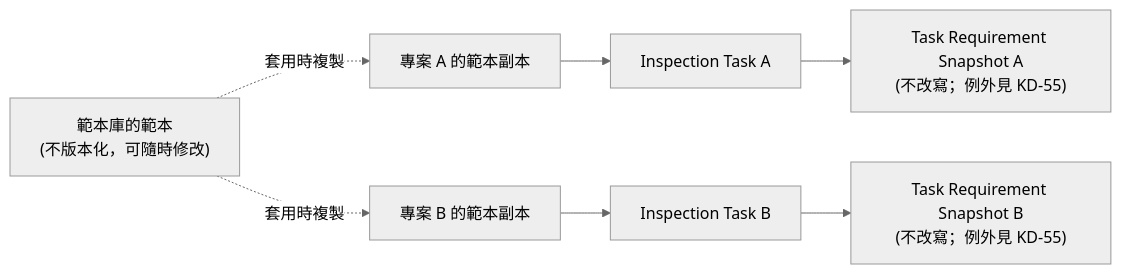
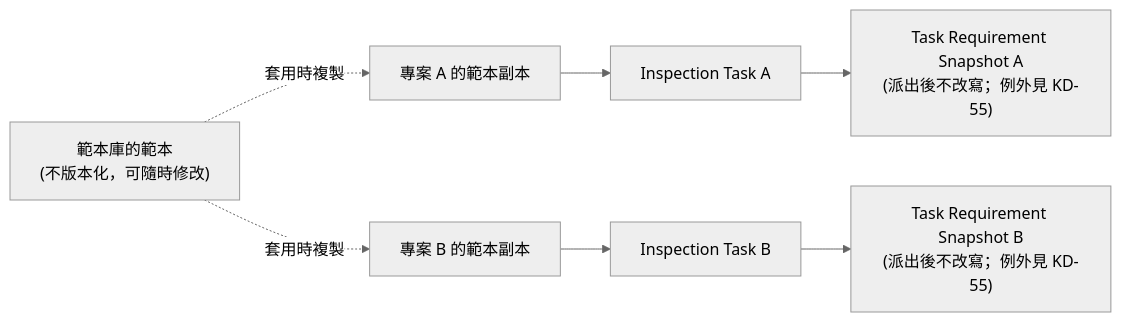
Before and after one commit to speko-tw/inspect-flow: the second of 5 diagrams in docs/intents/02-principles.md, drawn with Mermaid (neutral theme). The commit also changed other lines of this file and 10 other files, not shown here.

````diff
--- a/docs/intents/02-principles.md
+++ b/docs/intents/02-principles.md
@@ -111,9 +110,9 @@
 ```mermaid
 graph LR
   T["範本庫的範本<br/>(不版本化，可隨時修改)"] -.->|"套用時複製"| PA["專案 A 的範本副本"]
   T -.->|"套用時複製"| PB["專案 B 的範本副本"]
   PA --> TaskA["Inspection Task A"]
-  TaskA --> SnapA["Task Requirement Snapshot A<br/>(不改寫；例外見 KD-55)"]
+  TaskA --> SnapA["Task Requirement Snapshot A<br/>(派出後不改寫；例外見 KD-55)"]
   PB --> TaskB["Inspection Task B"]
-  TaskB --> SnapB["Task Requirement Snapshot B<br/>(不改寫；例外見 KD-55)"]
+  TaskB --> SnapB["Task Requirement Snapshot B<br/>(派出後不改寫；例外見 KD-55)"]
 ```
````
